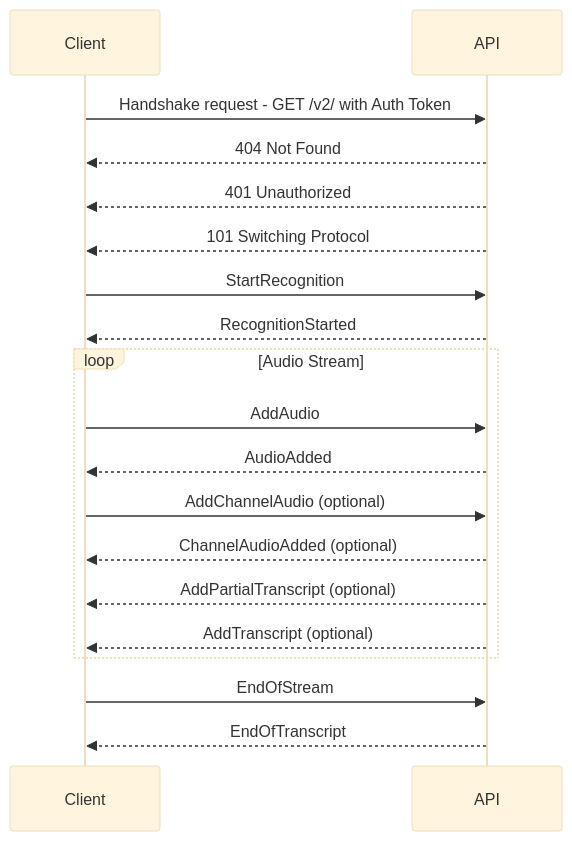
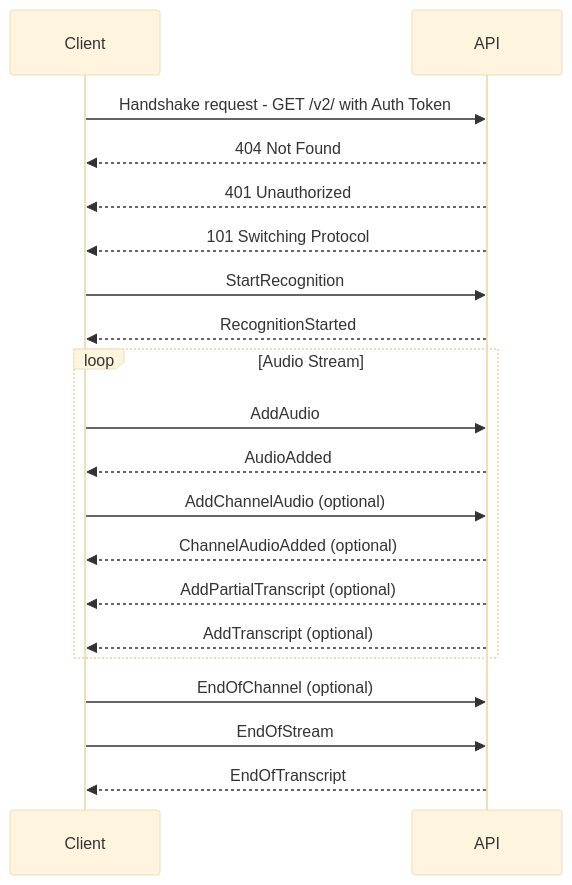
Before and after one commit to speechmatics/docs: the diagram in docs/api-ref/realtime-transcription-websocket.mdx, drawn with Mermaid (base theme).

Commit message:
Add missing end of channel arrow in diagram

````diff
--- a/docs/api-ref/realtime-transcription-websocket.mdx
+++ b/docs/api-ref/realtime-transcription-websocket.mdx
@@ -30,21 +30,22 @@
 ```mermaid
 sequenceDiagram
   participant Client
   participant API
   Client->>API: Handshake request - GET /v2/ with Auth Token
   API-->>Client: 404 Not Found
   API-->>Client: 401 Unauthorized
   API-->>Client: 101 Switching Protocol
   Client->>API: StartRecognition
   API-->>Client: RecognitionStarted
   loop Audio Stream
     Client->>API: AddAudio
     API-->>Client: AudioAdded
     Client->>API: AddChannelAudio (optional)
     API-->>Client: ChannelAudioAdded (optional)
     API-->>Client: AddPartialTranscript (optional)
     API-->>Client: AddTranscript (optional)
   end
+  Client->>API: EndOfChannel (optional)
   Client->>API: EndOfStream
   API-->>Client: EndOfTranscript
 ```
````
